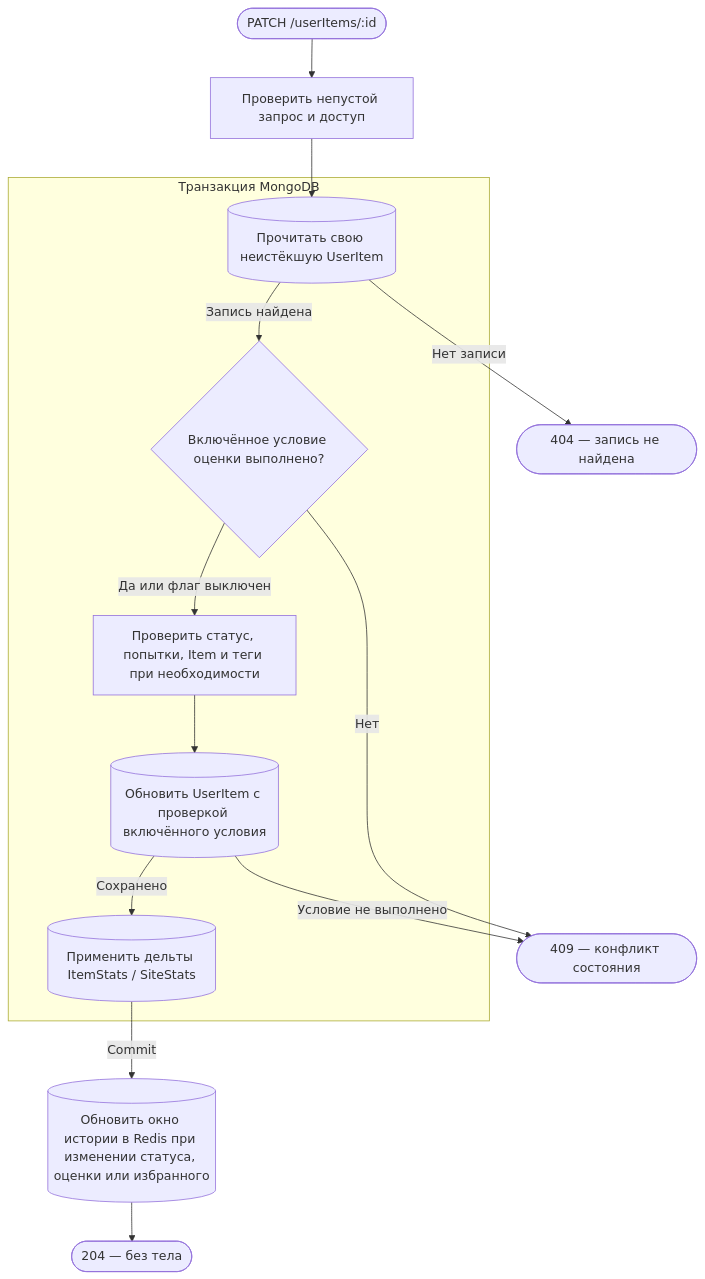
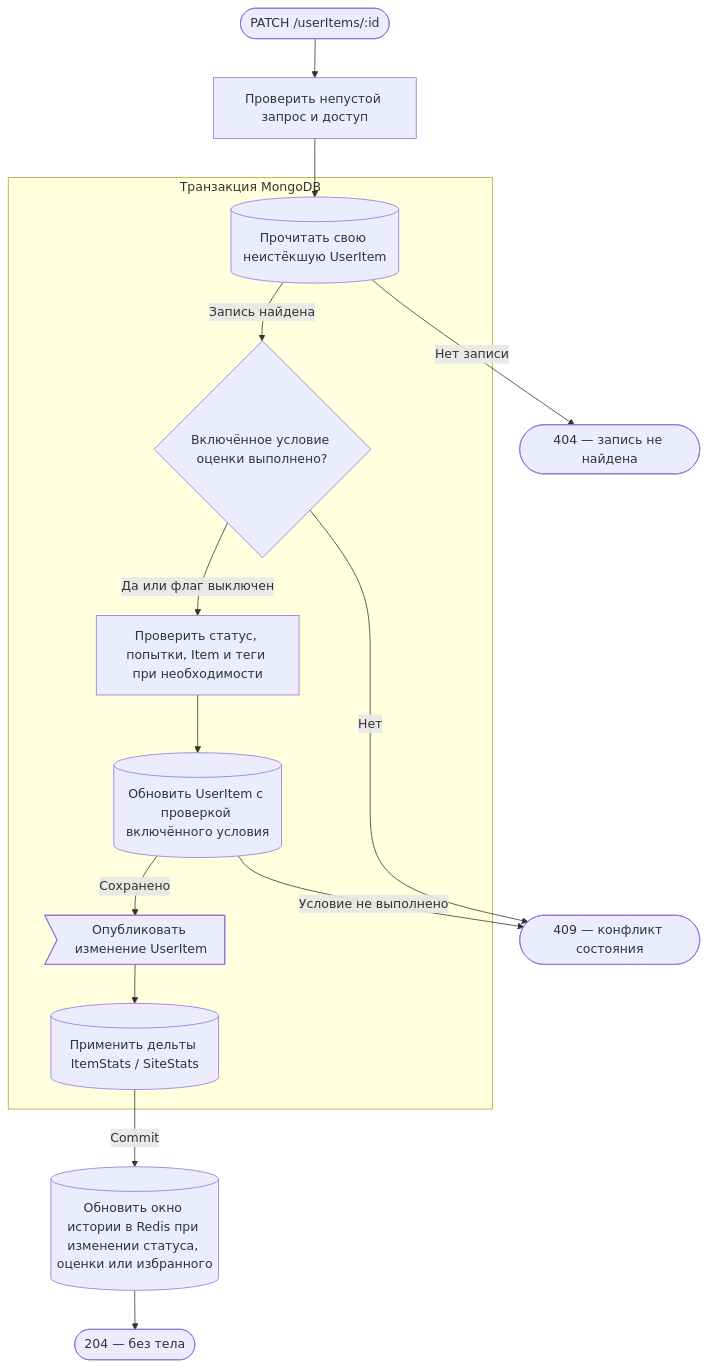
Before and after one commit to AmyGrooove/f95-tinder: the sixth of 9 diagrams in apps/api/public/docs/api/requestFlows/userItems.md, drawn with Mermaid. The commit also changed other lines of this file and 50 other files, not shown here.

````diff
--- a/apps/api/public/docs/api/requestFlows/userItems.md
+++ b/apps/api/public/docs/api/requestFlows/userItems.md
@@ -138,19 +141,20 @@
 ```mermaid
 flowchart TD
     accTitle: Изменение записи библиотеки
     accDescr: Прочитать собственную UserItem, проверить условия обновления и сохранить запись со статистикой в одной транзакции
     A(["PATCH /userItems/:id"]):::http --> B["Проверить непустой запрос и доступ"]:::action
     subgraph TX["Транзакция MongoDB"]
         C[("Прочитать свою неистёкшую UserItem")]:::data
         C -->|Запись найдена| K{"Включённое условие оценки выполнено?"}:::action
         K -->|Да или флаг выключен| D["Проверить статус, попытки, Item и теги при необходимости"]:::action
         D --> E[("Обновить UserItem с проверкой включённого условия")]:::data
-        E -->|Сохранено| S[("Применить дельты ItemStats / SiteStats")]:::data
+        E -->|Сохранено| V>"Опубликовать изменение UserItem"]:::event
+        V --> S[("Применить дельты ItemStats / SiteStats")]:::data
     end
     B --> C
     C -->|Нет записи| N(["404 — запись не найдена"]):::http
     K -->|Нет| F(["409 — конфликт состояния"]):::http
     E -->|Условие не выполнено| F
     S -->|Commit| H[("Обновить окно истории в Redis при изменении статуса, оценки или избранного")]:::data
     H --> R(["204 — без тела"]):::http
 ```
````
